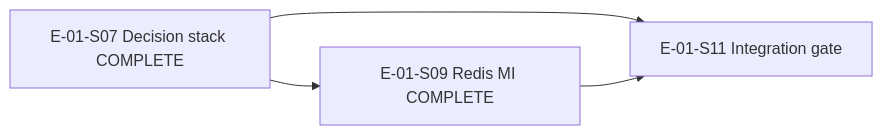
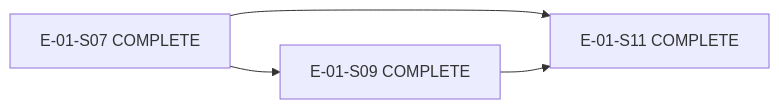
The diagram in docs/reviews/E01_S11_COMPLETION_REPORT.md (KalyanCB/KrishiNetra), drawn with Mermaid before and after one commit. The commit also changed other lines of this file and 9 other files, not shown here.

Commit message:
E-01 S11: data foundation integration gate

````diff
--- a/docs/reviews/E01_S11_COMPLETION_REPORT.md
+++ b/docs/reviews/E01_S11_COMPLETION_REPORT.md
@@ -128,9 +101,9 @@
 ```mermaid
 flowchart LR
-  S07[E-01-S07 Decision stack COMPLETE]
-  S09[E-01-S09 Redis MI COMPLETE]
-  S11[E-01-S11 Integration gate]
+  S07[E-01-S07 COMPLETE]
+  S09[E-01-S09 COMPLETE]
+  S11[E-01-S11 COMPLETE]
   S07 --> S09
   S07 --> S11
   S09 --> S11
 ```
````
